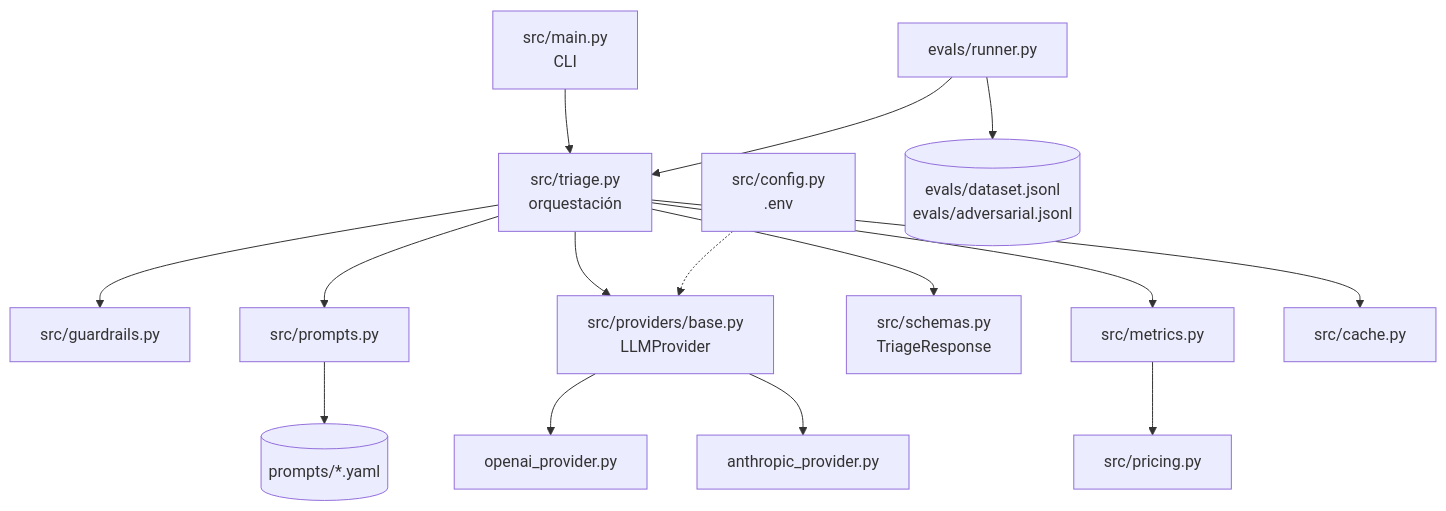
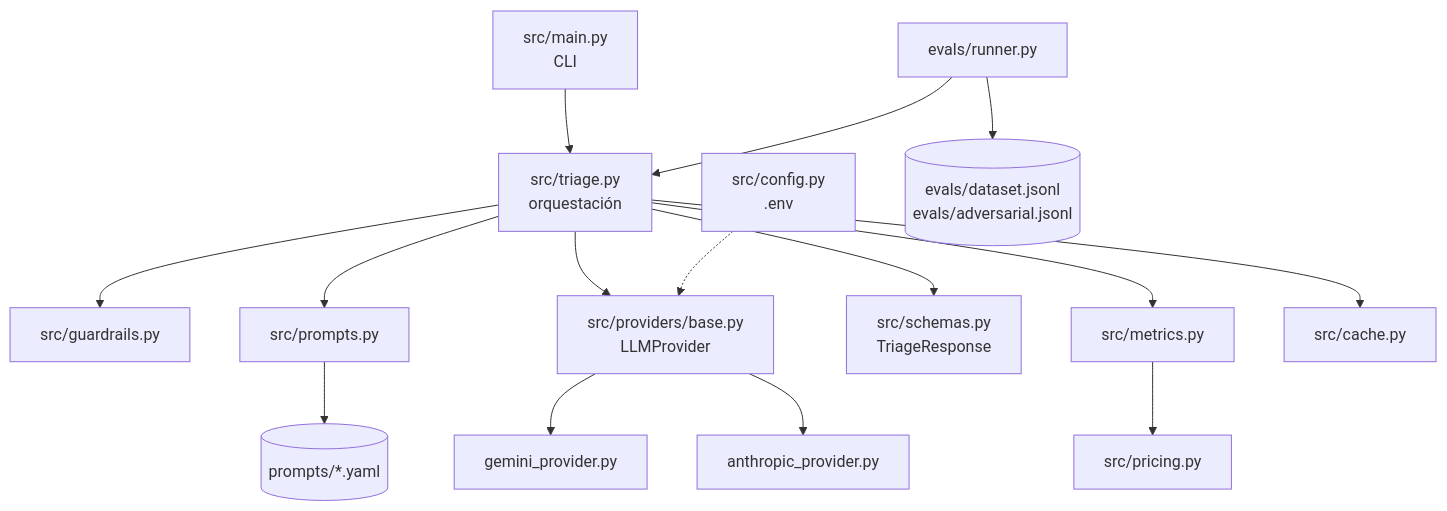
The second of 2 diagrams in README.md (bryan-delacruz/nubbix-triage), drawn with Mermaid before and after one commit. The commit also changed other lines of this file and 4 other files, not shown here.

````diff
--- a/README.md
+++ b/README.md
@@ -108,15 +108,15 @@
 ```mermaid
 flowchart TB
     main[src/main.py<br/>CLI] --> triage[src/triage.py<br/>orquestación]
     triage --> guard[src/guardrails.py]
     triage --> prompts[src/prompts.py] --> yaml[(prompts/*.yaml)]
     triage --> base[src/providers/base.py<br/>LLMProvider]
-    base --> oa[openai_provider.py]
+    base --> ge[gemini_provider.py]
     base --> an[anthropic_provider.py]
     triage --> schemas[src/schemas.py<br/>TriageResponse]
     triage --> metrics[src/metrics.py] --> pricing[src/pricing.py]
     triage --> cache[src/cache.py]
     config[src/config.py<br/>.env] -.-> base
     runner[evals/runner.py] --> triage
     runner --> ds[(evals/dataset.jsonl<br/>evals/adversarial.jsonl)]
 ```
````
